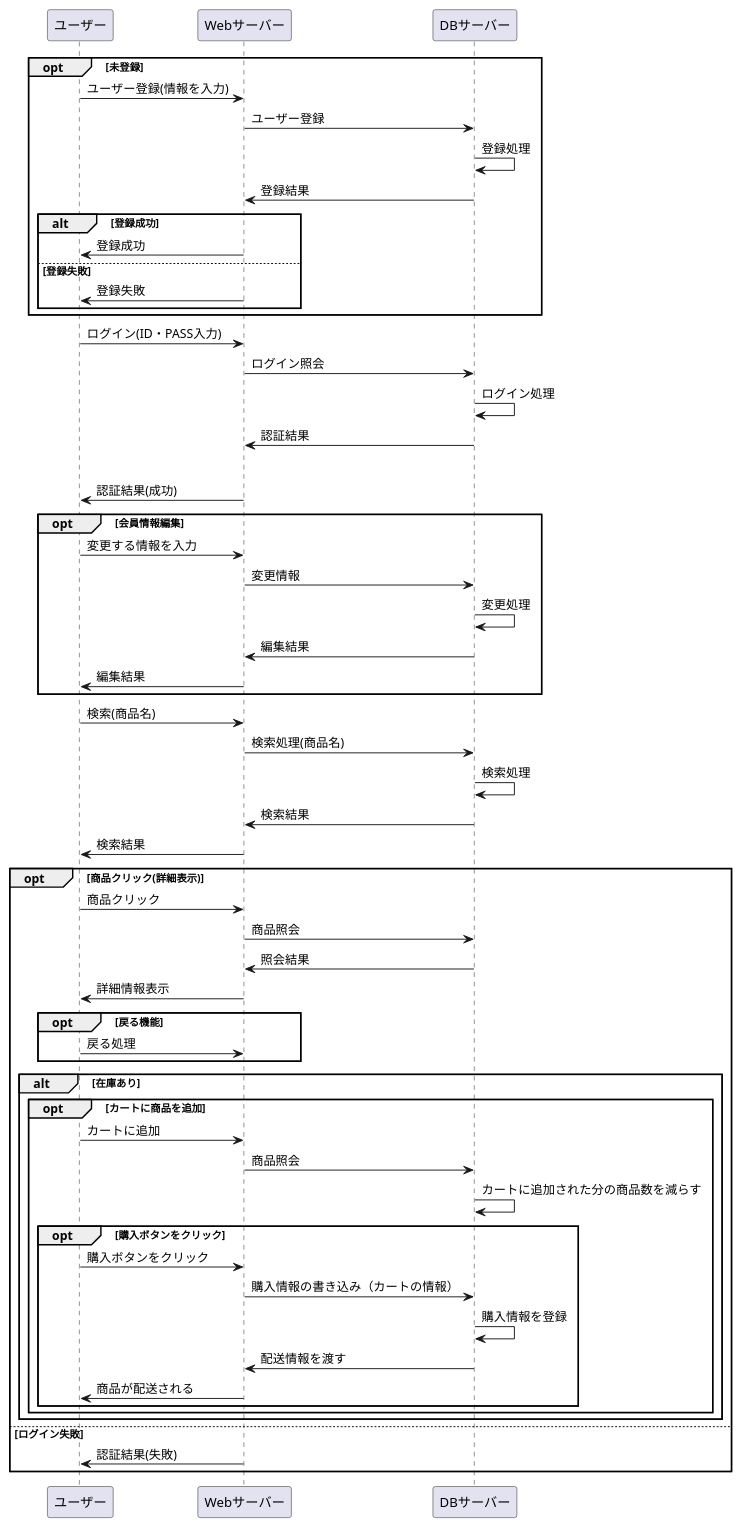
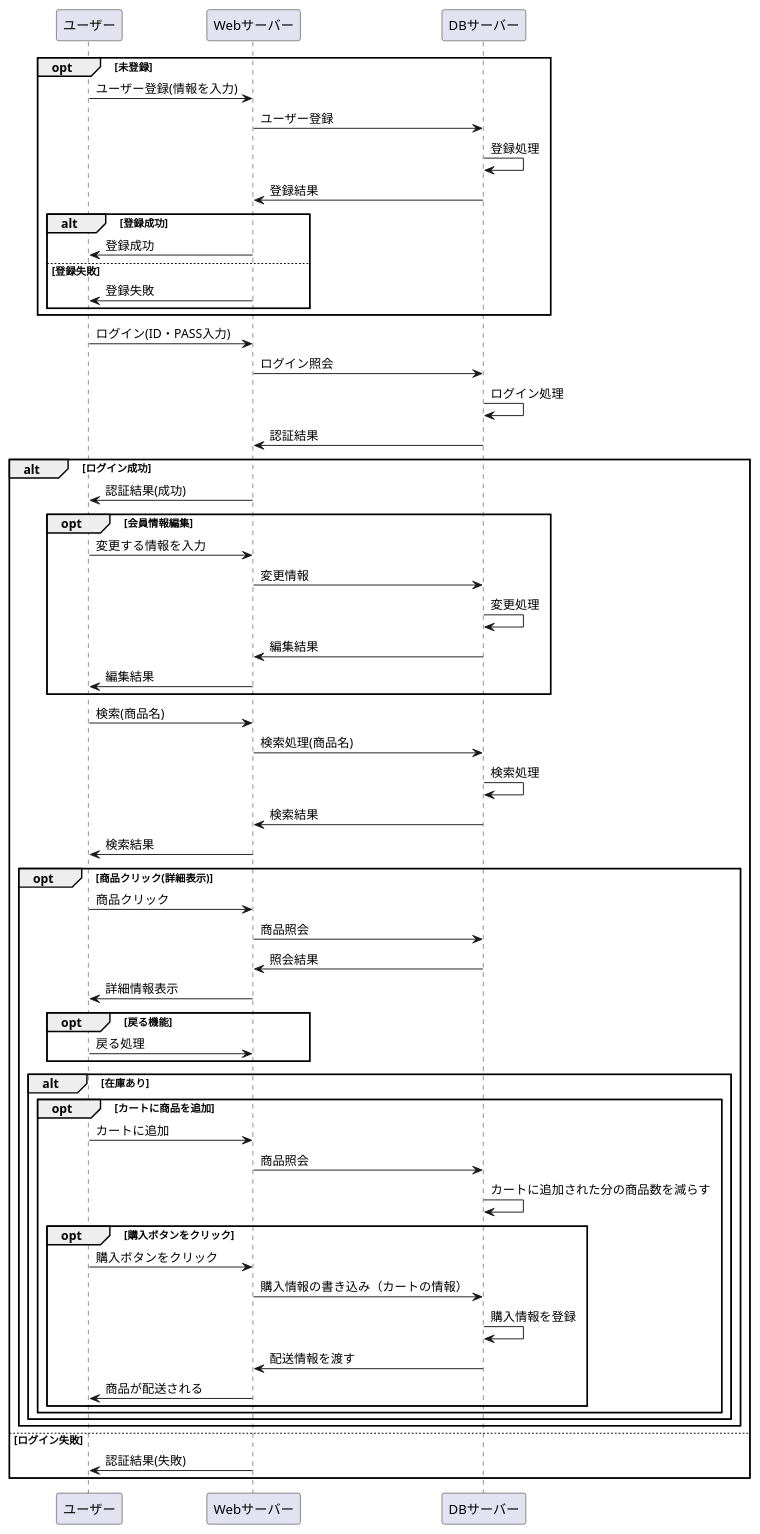
The diagram in 設計書/02_業務フロー/business-flow-check.md (Aso2001227/Aso-Sports-1), drawn with PlantUML before and after one commit.

````diff
--- a/設計書/02_業務フロー/business-flow-check.md
+++ b/設計書/02_業務フロー/business-flow-check.md
@@ -1,72 +1,73 @@
 ```uml
 @startuml
 opt 未登録
 ユーザー -> Webサーバー : ユーザー登録(情報を入力)
 Webサーバー -> DBサーバー : ユーザー登録
 DBサーバー -> DBサーバー : 登録処理
 DBサーバー -> Webサーバー : 登録結果
 
 
 
 
 
 
 
 alt 登録成功
 Webサーバー -> ユーザー : 登録成功
 else 登録失敗
 Webサーバー -> ユーザー : 登録失敗
 end
 end
 
 ユーザー -> Webサーバー : ログイン(ID・PASS入力)
 Webサーバー -> DBサーバー : ログイン照会
 DBサーバー -> DBサーバー : ログイン処理
 DBサーバー -> Webサーバー : 認証結果
 
 alt ログイン成功
 Webサーバー -> ユーザー : 認証結果(成功)
 opt 会員情報編集
 ユーザー -> Webサーバー : 変更する情報を入力
 Webサーバー -> DBサーバー :変更情報
 DBサーバー -> DBサーバー : 変更処理
 DBサーバー -> Webサーバー : 編集結果
 Webサーバー -> ユーザー : 編集結果
 end
 
 ユーザー -> Webサーバー : 検索(商品名)
 Webサーバー -> DBサーバー : 検索処理(商品名)
 DBサーバー -> DBサーバー : 検索処理
 DBサーバー -> Webサーバー : 検索結果
 Webサーバー -> ユーザー : 検索結果
 
 opt 商品クリック(詳細表示)
 ユーザー -> Webサーバー : 商品クリック
 Webサーバー -> DBサーバー : 商品照会
 DBサーバー -> Webサーバー : 照会結果
 Webサーバー -> ユーザー : 詳細情報表示
 
 opt 戻る機能
 ユーザー -> Webサーバー : 戻る処理
 end
 
 alt 在庫あり
 opt カートに商品を追加
 ユーザー -> Webサーバー : カートに追加
 Webサーバー -> DBサーバー : 商品照会
 DBサーバー -> DBサーバー : カートに追加された分の商品数を減らす
 opt 購入ボタンをクリック
 ユーザー -> Webサーバー : 購入ボタンをクリック
 Webサーバー -> DBサーバー :購入情報の書き込み（カートの情報）
 DBサーバー -> DBサーバー :購入情報を登録
 DBサーバー -> Webサーバー :配送情報を渡す
 Webサーバー -> ユーザー:商品が配送される
 end
 end
 end
+end
 
 else ログイン失敗
 Webサーバー -> ユーザー : 認証結果(失敗)
 end
 @enduml
 ```
````
